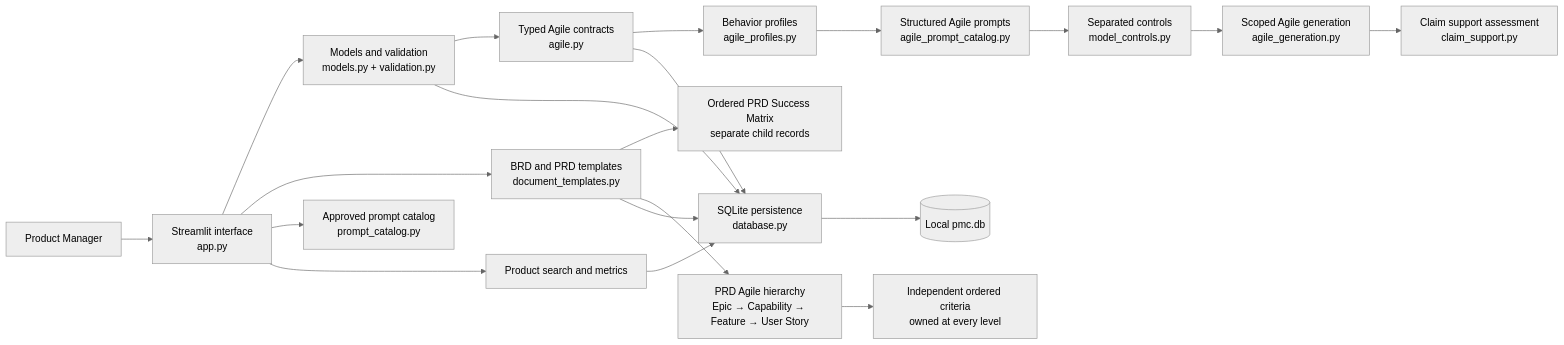
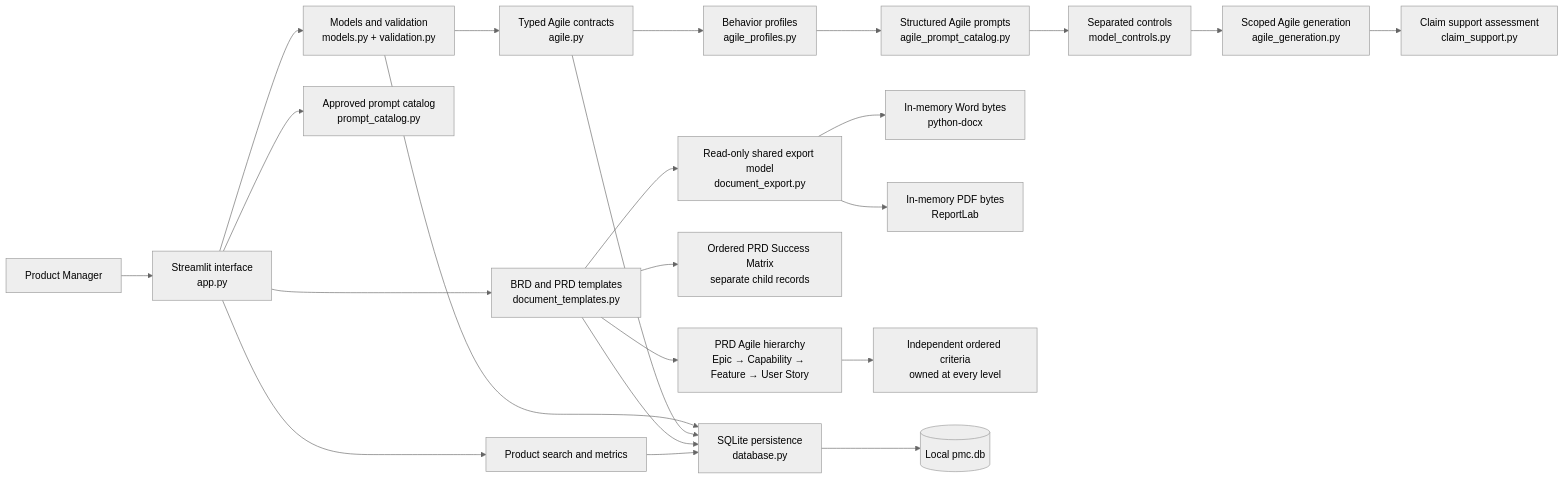
One commit to Celso-PM-AI/product-manager-central changed the first of 3 diagrams in docs/ARCHITECTURE.md. Above: the diagram before and after it, drawn with Mermaid (neutral theme). The commit also changed other lines of this file and 16 other files, not shown here.

Commit message:
Complete Phase 10 Checkpoint 12 Word and PDF export

````diff
--- a/docs/ARCHITECTURE.md
+++ b/docs/ARCHITECTURE.md
@@ -11,22 +11,25 @@
 ```mermaid
 flowchart LR
     PM[Product Manager] --> UI[Streamlit interface<br/>app.py]
     UI --> CORE[Models and validation<br/>models.py + validation.py]
     CORE --> AGILE[Typed Agile contracts<br/>agile.py]
     AGILE --> PROFILE[Behavior profiles<br/>agile_profiles.py]
     PROFILE --> APROMPT[Structured Agile prompts<br/>agile_prompt_catalog.py]
     APROMPT --> CONTROL[Separated controls<br/>model_controls.py]
     CONTROL --> AGEN[Scoped Agile generation<br/>agile_generation.py]
     AGEN --> CLAIM[Claim support assessment<br/>claim_support.py]
     UI --> DOCS[BRD and PRD templates<br/>document_templates.py]
+    DOCS --> EXPORT[Read-only shared export model<br/>document_export.py]
+    EXPORT --> WORD[In-memory Word bytes<br/>python-docx]
+    EXPORT --> PDF[In-memory PDF bytes<br/>ReportLab]
     DOCS --> MATRIX[Ordered PRD Success Matrix<br/>separate child records]
     DOCS --> PRDAGILE[PRD Agile hierarchy<br/>Epic → Capability → Feature → User Story]
     PRDAGILE --> PRDAC[Independent ordered criteria<br/>owned at every level]
     UI --> PROMPTS[Approved prompt catalog<br/>prompt_catalog.py]
     CORE --> DB[SQLite persistence<br/>database.py]
     AGILE --> DB
     DOCS --> DB
     DB --> LOCAL[(Local pmc.db)]
     UI --> SEARCH[Product search and metrics]
     SEARCH --> DB
 ```
````
